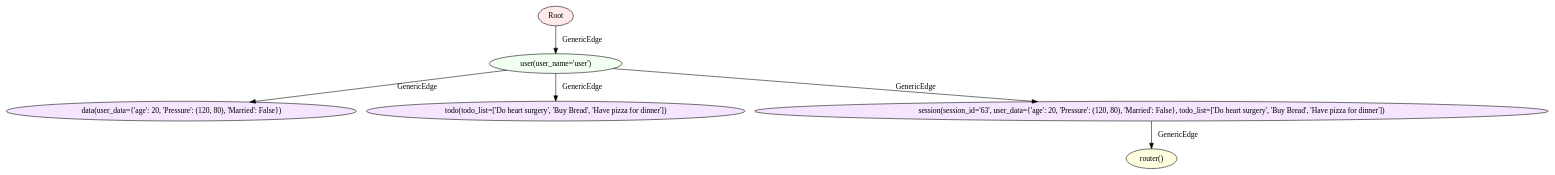
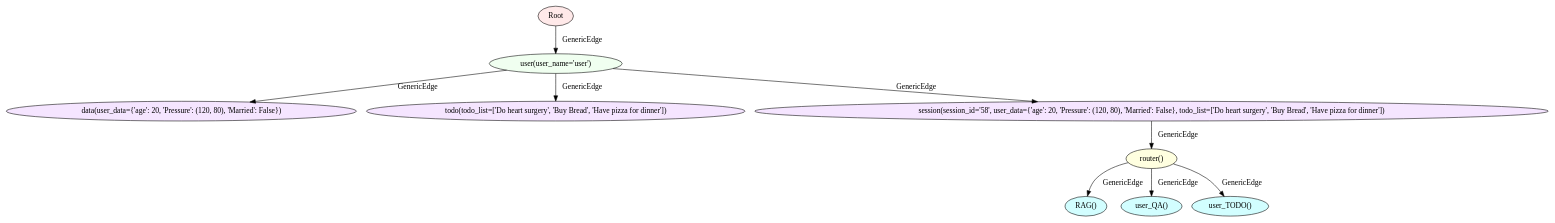
One commit to savini98/jac-chat-buddy changed the diagram in Assignment_1/1_chat_bot_graph_impl.dot. Above: the diagram before and after it, drawn with Graphviz. The commit also changed 1 other file, not shown here.

```diff
--- a/Assignment_1/1_chat_bot_graph_impl.dot
+++ b/Assignment_1/1_chat_bot_graph_impl.dot
@@ -1,14 +1,20 @@
 digraph {
 node [style="filled", shape="ellipse", fillcolor="invis", fontcolor="black"];
 0 -> 1  [label="GenericEdge "];
 1 -> 2  [label="GenericEdge "];
 1 -> 3  [label="GenericEdge "];
 1 -> 4  [label="GenericEdge "];
 4 -> 5  [label="GenericEdge "];
+5 -> 6  [label="GenericEdge "];
+5 -> 7  [label="GenericEdge "];
+5 -> 8  [label="GenericEdge "];
 0 [label="Root"fillcolor="#FFE9E9"];
 1 [label="user(user_name=&#x27;user&#x27;)"fillcolor="#F0FFF0"];
 2 [label="data(user_data={&#x27;age&#x27;: 20, &#x27;Pressure&#x27;: (120, 80), &#x27;Married&#x27;: False})"fillcolor="#F5E5FF"];
 3 [label="todo(todo_list=[&#x27;Do heart surgery&#x27;, &#x27;Buy Bread&#x27;, &#x27;Have pizza for dinner&#x27;])"fillcolor="#F5E5FF"];
-4 [label="session(session_id=&#x27;63&#x27;, user_data={&#x27;age&#x27;: 20, &#x27;Pressure&#x27;: (120, 80), &#x27;Married&#x27;: False}, todo_list=[&#x27;Do heart surgery&#x27;, &#x27;Buy Bread&#x27;, &#x27;Have pizza for dinner&#x27;])"fillcolor="#F5E5FF"];
+4 [label="session(session_id=&#x27;58&#x27;, user_data={&#x27;age&#x27;: 20, &#x27;Pressure&#x27;: (120, 80), &#x27;Married&#x27;: False}, todo_list=[&#x27;Do heart surgery&#x27;, &#x27;Buy Bread&#x27;, &#x27;Have pizza for dinner&#x27;])"fillcolor="#F5E5FF"];
 5 [label="router()"fillcolor="#FFFFE0"];
+6 [label="RAG()"fillcolor="#D2FEFF "];
+7 [label="user_QA()"fillcolor="#D2FEFF "];
+8 [label="user_TODO()"fillcolor="#D2FEFF "];
 }
```
